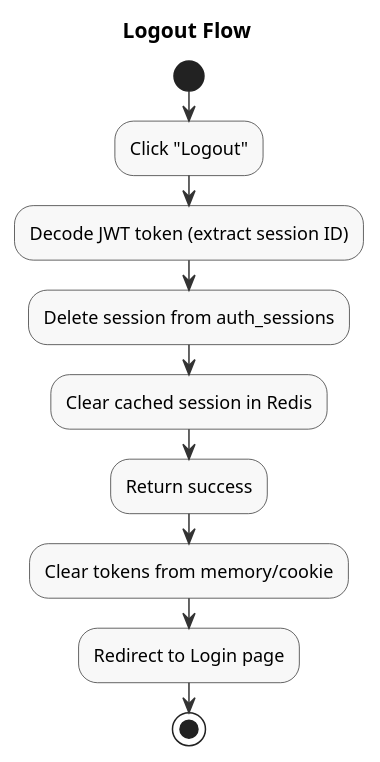
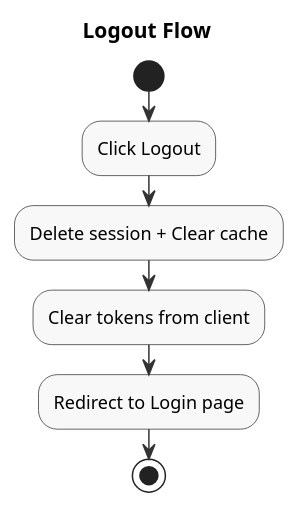
Before and after one commit to namnh240795/document: the diagram in modules/auth/diagrams/activity/logout-activity.puml, drawn with PlantUML. The commit also changed 35 other files, not shown here.

First line of the commit message:
Merge system flows with use cases in SRS, update diagrams and module docs

```diff
--- a/modules/auth/diagrams/activity/logout-activity.puml
+++ b/modules/auth/diagrams/activity/logout-activity.puml
@@ -1,35 +1,28 @@
 @startuml
 ' ============================================================
-' Activity Diagram - Logout Flow
-' Simplified without swimlanes
+' Activity Diagram - Logout Flow (Compact for A4)
 ' ============================================================
 
 skinparam activity {
   BackgroundColor #F8F8F8
   BorderColor #333333
   ArrowColor #333333
   DiamondBackgroundColor #FFCC00
   DiamondBorderColor #333333
 }
 
 title Logout Flow
 
 start
 
-:Click "Logout";
+:Click Logout;
 
-:Decode JWT token (extract session ID);
+:Delete session + Clear cache;
 
-:Delete session from auth_sessions;
-
-:Clear cached session in Redis;
-
-:Return success;
-
-:Clear tokens from memory/cookie;
+:Clear tokens from client;
 
 :Redirect to Login page;
 
 stop
 
 @enduml
```
